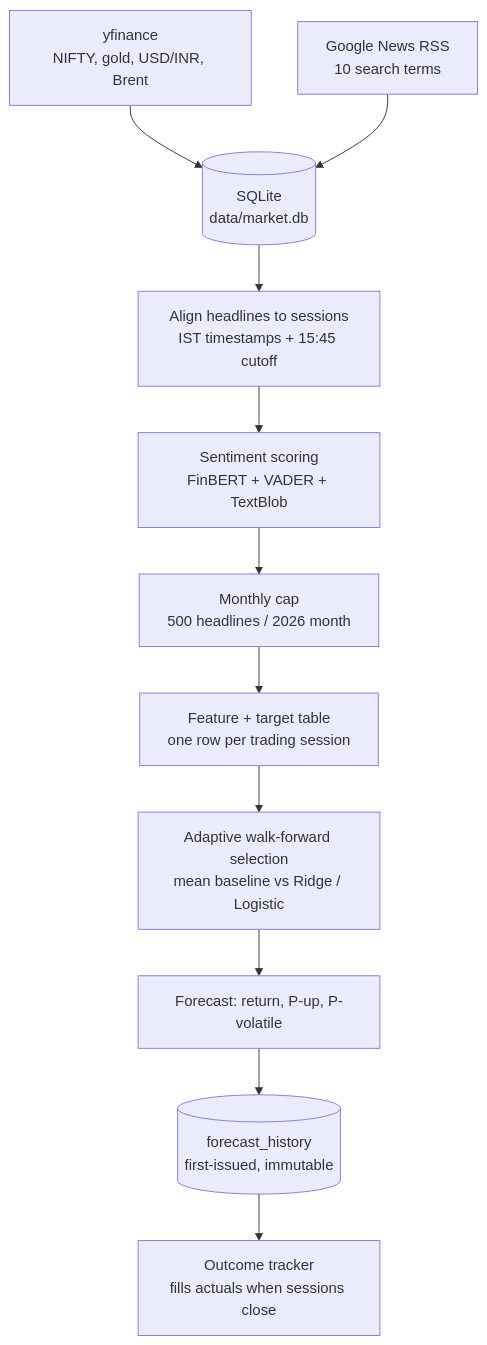
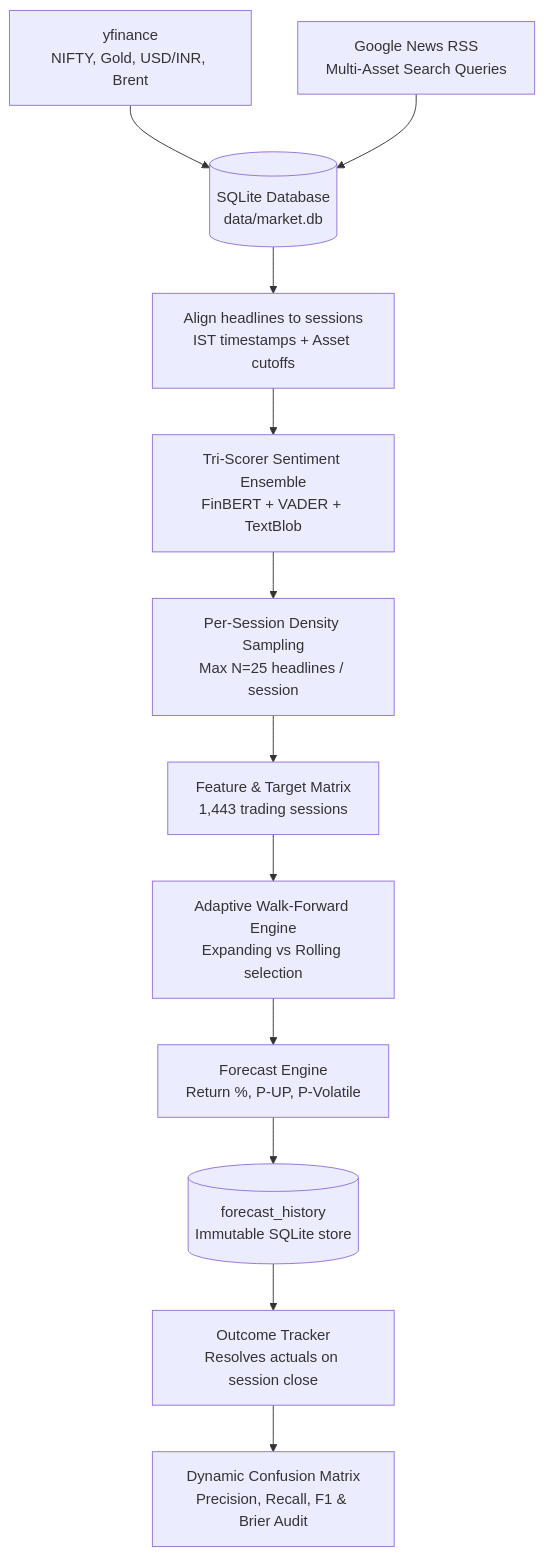
One commit to SVDKWTD/finance-IDC changed the diagram in README.md. Above: the diagram before and after it, drawn with Mermaid. The commit also changed other lines of this file, not shown here.

````diff
--- a/README.md
+++ b/README.md
@@ -48,13 +50,14 @@
 ```mermaid
 flowchart TD
-    A[yfinance<br/>NIFTY, gold, USD/INR, Brent] --> C[(SQLite<br/>data/market.db)]
-    B[Google News RSS<br/>10 search terms] --> C
-    C --> D[Align headlines to sessions<br/>IST timestamps + 15:45 cutoff]
-    D --> E[Sentiment scoring<br/>FinBERT + VADER + TextBlob]
-    E --> F[Monthly cap<br/>500 headlines / 2026 month]
-    F --> G[Feature + target table<br/>one row per trading session]
-    G --> H[Adaptive walk-forward selection<br/>mean baseline vs Ridge / Logistic]
-    H --> I[Forecast: return, P-up, P-volatile]
-    I --> J[(forecast_history<br/>first-issued, immutable)]
-    J --> K[Outcome tracker<br/>fills actuals when sessions close]
+    A[yfinance<br/>NIFTY, Gold, USD/INR, Brent] --> C[(SQLite Database<br/>data/market.db)]
+    B[Google News RSS<br/>Multi-Asset Search Queries] --> C
+    C --> D[Align headlines to sessions<br/>IST timestamps + Asset cutoffs]
+    D --> E[Tri-Scorer Sentiment Ensemble<br/>FinBERT + VADER + TextBlob]
+    E --> F[Per-Session Density Sampling<br/>Max N=25 headlines / session]
+    F --> G[Feature & Target Matrix<br/>1,443 trading sessions]
+    G --> H[Adaptive Walk-Forward Engine<br/>Expanding vs Rolling selection]
+    H --> I[Forecast Engine<br/>Return %, P-UP, P-Volatile]
+    I --> J[(forecast_history<br/>Immutable SQLite store)]
+    J --> K[Outcome Tracker<br/>Resolves actuals on session close]
+    K --> L[Dynamic Confusion Matrix<br/>Precision, Recall, F1 & Brier Audit]
 ```
````
